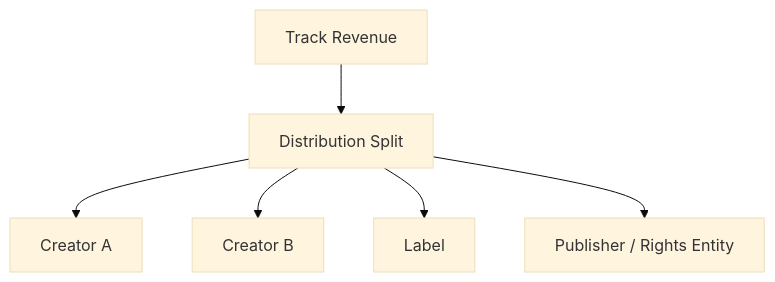
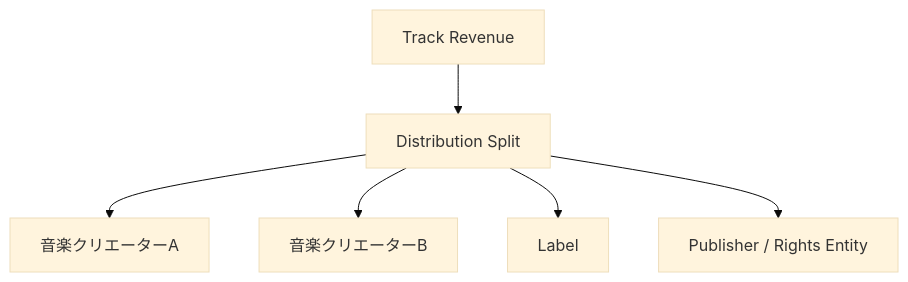
Before and after one commit to ShigeichiroYamasaki/creator-first-platform: diagram 11 of 29 in docs/whitepaper/05-creator-onboarding.md, drawn with Mermaid (base theme). The commit also changed other lines of this file and 67 other files, not shown here.

````diff
--- a/docs/whitepaper/05-creator-onboarding.md
+++ b/docs/whitepaper/05-creator-onboarding.md
@@ -374,10 +374,10 @@
 ```mermaid
 flowchart TD
     TRACK[Track Revenue]
     TRACK --> SPLIT[Distribution Split]
 
-    SPLIT --> A[Creator A]
-    SPLIT --> B[Creator B]
+    SPLIT --> A[音楽クリエーターA]
+    SPLIT --> B[音楽クリエーターB]
     SPLIT --> LABEL[Label]
     SPLIT --> PUB[Publisher / Rights Entity]
 ```
````
